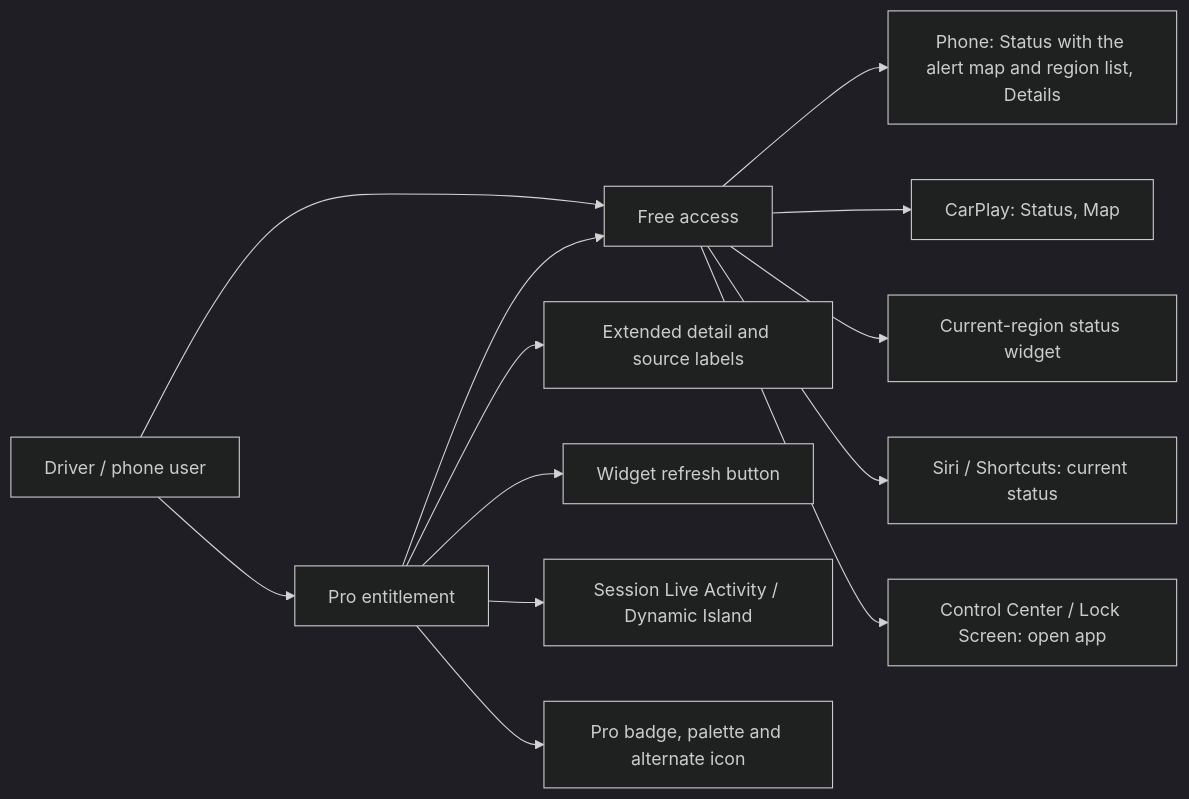
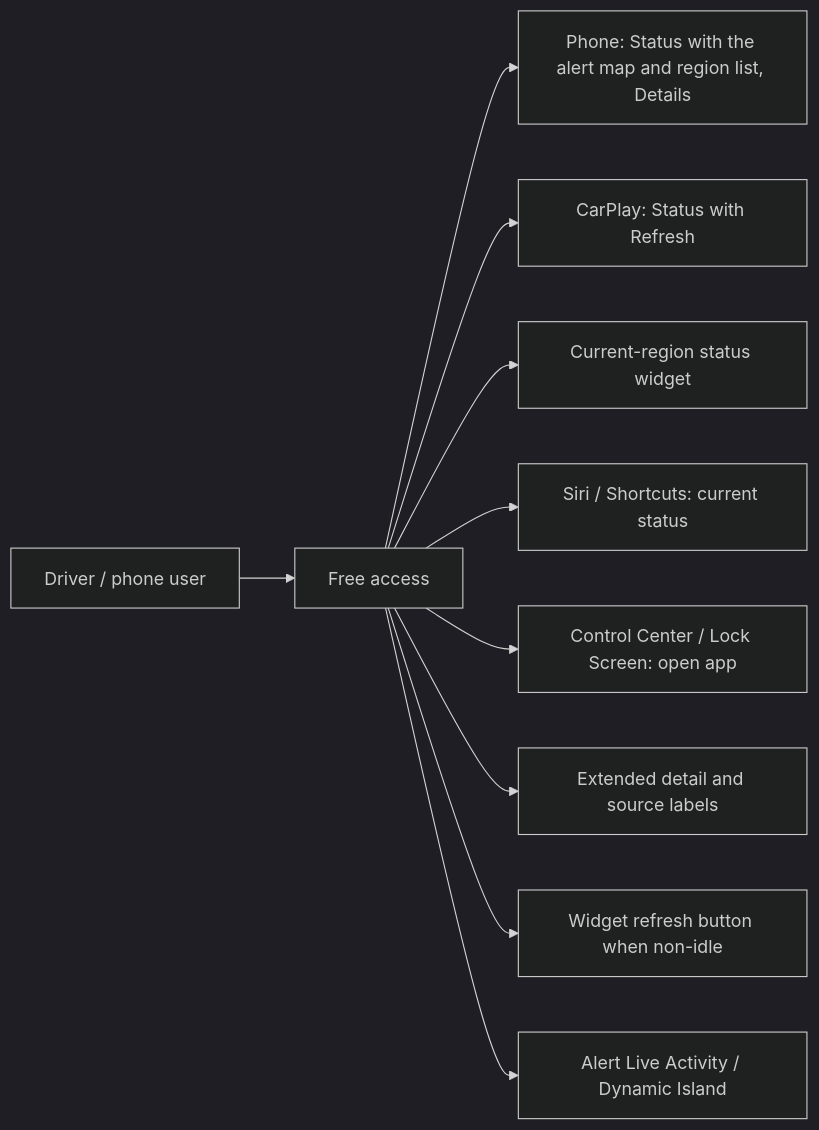
Before and after one commit to vil4max/regional-check: the first of 3 diagrams in docs/engineering/project-map.md, drawn with Mermaid (dark theme). The commit also changed other lines of this file and 2 other files, not shown here.

First line of the commit message:
docs: align the project map and architecture with the code

````diff
--- a/docs/engineering/project-map.md
+++ b/docs/engineering/project-map.md
@@ -18,15 +19,12 @@
 ```mermaid
 flowchart LR
     User[Driver / phone user] --> Free[Free access]
-    User --> Pro[Pro entitlement]
-    Pro --> Free
     Free --> Phone[Phone: Status with the alert map and region list, Details]
-    Free --> CP[CarPlay: Status, Map]
+    Free --> CP[CarPlay: Status with Refresh]
     Free --> Widget[Current-region status widget]
     Free --> Siri[Siri / Shortcuts: current status]
     Free --> Control[Control Center / Lock Screen: open app]
-    Pro --> Detail[Extended detail and source labels]
-    Pro --> Refresh[Widget refresh button]
-    Pro --> Activity[Session Live Activity / Dynamic Island]
-    Pro --> Appearance[Pro badge, palette and alternate icon]
+    Free --> Detail[Extended detail and source labels]
+    Free --> Refresh[Widget refresh button when non-idle]
+    Free --> Activity[Alert Live Activity / Dynamic Island]
 ```
````
